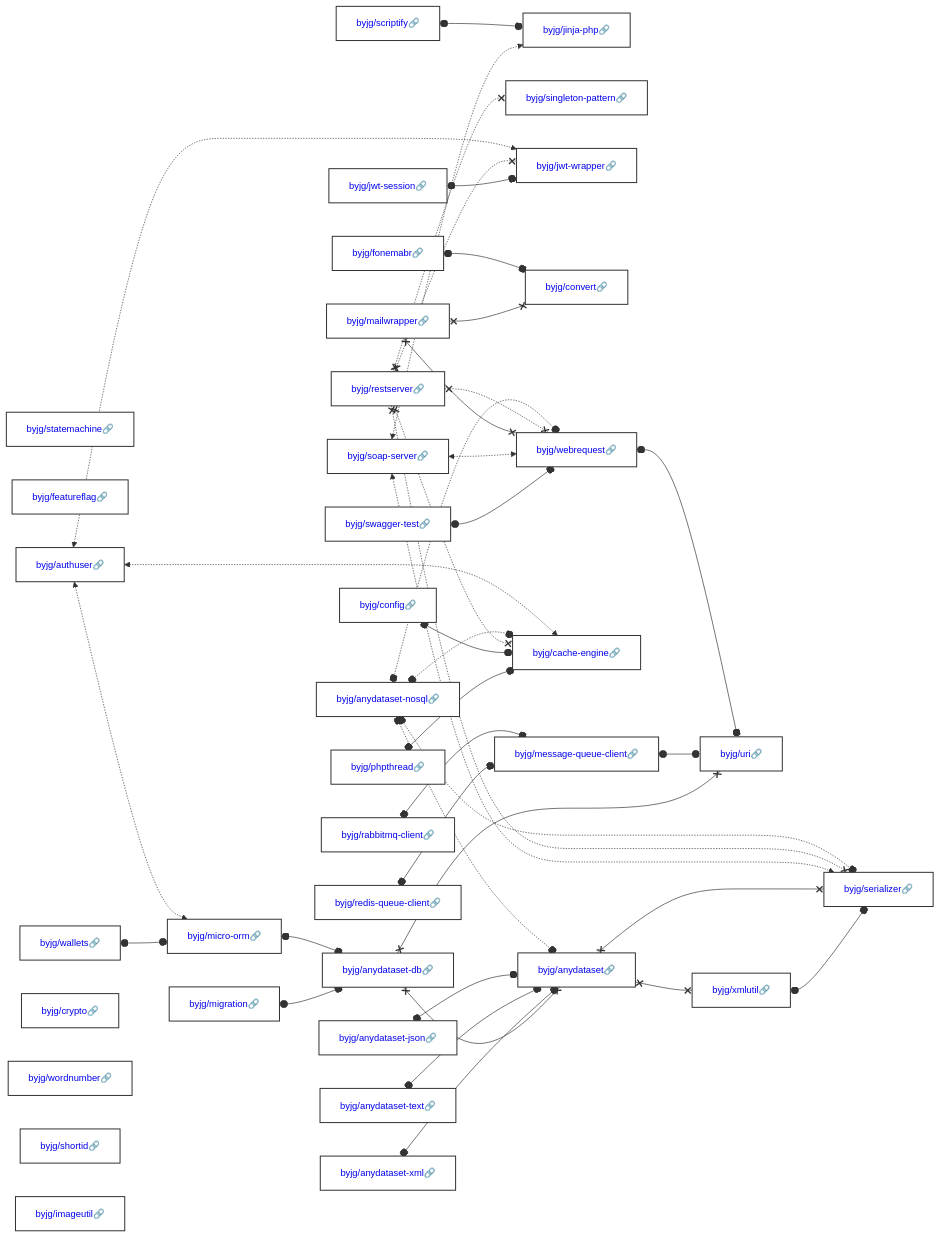
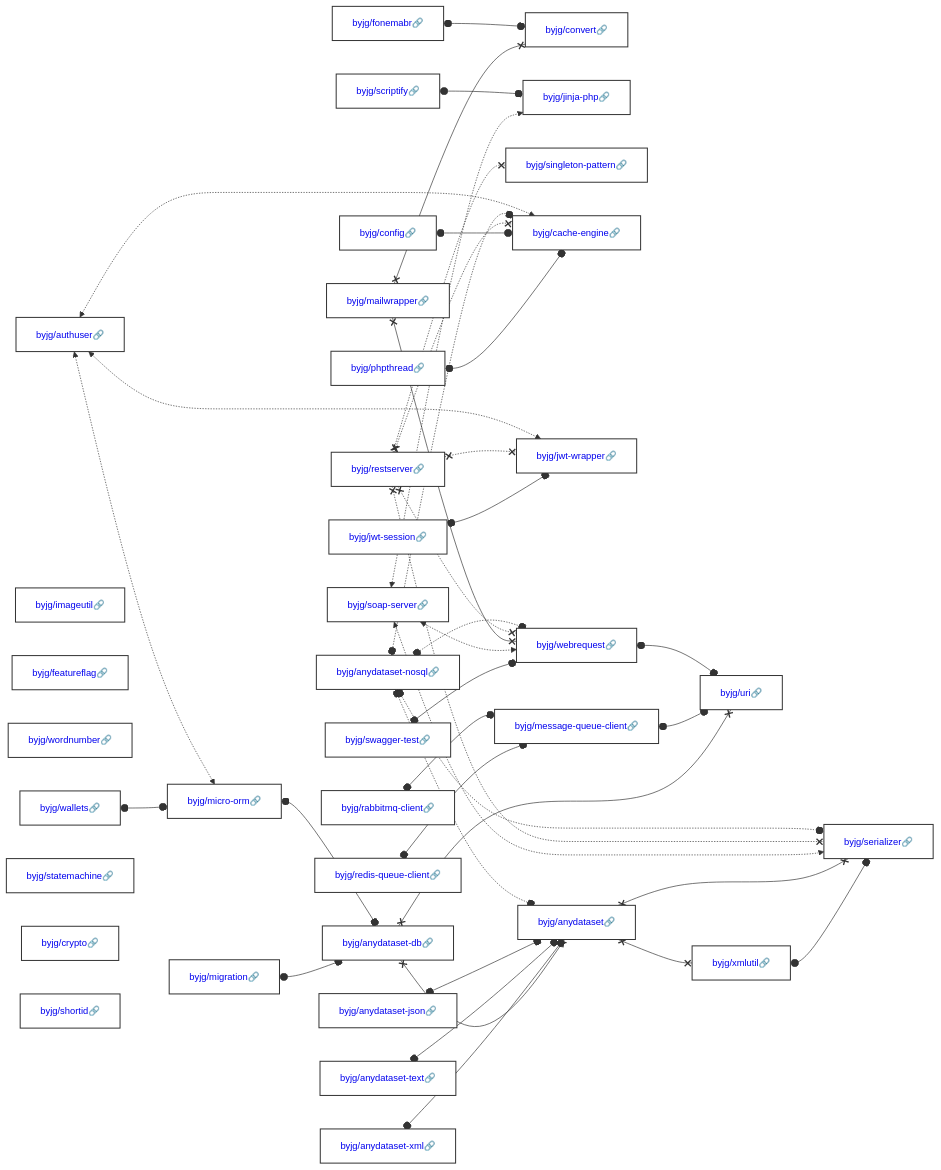
Before and after one commit to byjg/byjg.github.io: the diagram in docs/php/README.md, drawn with Mermaid. The commit also changed other lines of this file and 1 other file, not shown here.

Commit message:
Update documentation 'php' 'php-rest-reference-architecture'

````diff
--- a/docs/php/README.md
+++ b/docs/php/README.md
@@ -3,37 +3,37 @@
 ```mermaid
 graph LR;
+  byjg/wallets[<a href='https://opensource.byjg.com/docs/php/wallets' style='text-decoration:none'>byjg/wallets🔗</a>];
+  byjg/soap-server[<a href='https://opensource.byjg.com/docs/php/soap-server' style='text-decoration:none'>byjg/soap-server🔗</a>];
+  byjg/mailwrapper[<a href='https://opensource.byjg.com/docs/php/mailwrapper' style='text-decoration:none'>byjg/mailwrapper🔗</a>];
+  byjg/imageutil[<a href='https://opensource.byjg.com/docs/php/imageutil' style='text-decoration:none'>byjg/imageutil🔗</a>];
+  byjg/fonemabr[<a href='https://opensource.byjg.com/docs/php/fonemabr' style='text-decoration:none'>byjg/fonemabr🔗</a>];
+  byjg/phpthread[<a href='https://opensource.byjg.com/docs/php/phpthread' style='text-decoration:none'>byjg/phpthread🔗</a>];
+  byjg/rabbitmq-client[<a href='https://opensource.byjg.com/docs/php/rabbitmq-client' style='text-decoration:none'>byjg/rabbitmq-client🔗</a>];
+  byjg/featureflag[<a href='https://opensource.byjg.com/docs/php/featureflag' style='text-decoration:none'>byjg/featureflag🔗</a>];
+  byjg/scriptify[<a href='https://opensource.byjg.com/docs/php/scriptify' style='text-decoration:none'>byjg/scriptify🔗</a>];
+  byjg/wordnumber[<a href='https://opensource.byjg.com/docs/php/wordnumber' style='text-decoration:none'>byjg/wordnumber🔗</a>];
+  byjg/anydataset-text[<a href='https://opensource.byjg.com/docs/php/anydataset-text' style='text-decoration:none'>byjg/anydataset-text🔗</a>];
+  byjg/migration[<a href='https://opensource.byjg.com/docs/php/migration' style='text-decoration:none'>byjg/migration🔗</a>];
+  byjg/anydataset-json[<a href='https://opensource.byjg.com/docs/php/anydataset-json' style='text-decoration:none'>byjg/anydataset-json🔗</a>];
+  byjg/jwt-session[<a href='https://opensource.byjg.com/docs/php/jwt-session' style='text-decoration:none'>byjg/jwt-session🔗</a>];
+  byjg/config[<a href='https://opensource.byjg.com/docs/php/config' style='text-decoration:none'>byjg/config🔗</a>];
+  byjg/anydataset-xml[<a href='https://opensource.byjg.com/docs/php/anydataset-xml' style='text-decoration:none'>byjg/anydataset-xml🔗</a>];
+  byjg/authuser[<a href='https://opensource.byjg.com/docs/php/authuser' style='text-decoration:none'>byjg/authuser🔗</a>];
+  byjg/anydataset-nosql[<a href='https://opensource.byjg.com/docs/php/anydataset-nosql' style='text-decoration:none'>byjg/anydataset-nosql🔗</a>];
   byjg/statemachine[<a href='https://opensource.byjg.com/docs/php/statemachine' style='text-decoration:none'>byjg/statemachine🔗</a>];
-  byjg/soap-server[<a href='https://opensource.byjg.com/docs/php/soap-server' style='text-decoration:none'>byjg/soap-server🔗</a>];
-  byjg/anydataset-text[<a href='https://opensource.byjg.com/docs/php/anydataset-text' style='text-decoration:none'>byjg/anydataset-text🔗</a>];
-  byjg/anydataset-nosql[<a href='https://opensource.byjg.com/docs/php/anydataset-nosql' style='text-decoration:none'>byjg/anydataset-nosql🔗</a>];
-  byjg/featureflag[<a href='https://opensource.byjg.com/docs/php/featureflag' style='text-decoration:none'>byjg/featureflag🔗</a>];
-  byjg/authuser[<a href='https://opensource.byjg.com/docs/php/authuser' style='text-decoration:none'>byjg/authuser🔗</a>];
-  byjg/wallets[<a href='https://opensource.byjg.com/docs/php/wallets' style='text-decoration:none'>byjg/wallets🔗</a>];
+  byjg/restserver[<a href='https://opensource.byjg.com/docs/php/restserver' style='text-decoration:none'>byjg/restserver🔗</a>];
   byjg/crypto[<a href='https://opensource.byjg.com/docs/php/crypto' style='text-decoration:none'>byjg/crypto🔗</a>];
-  byjg/jwt-session[<a href='https://opensource.byjg.com/docs/php/jwt-session' style='text-decoration:none'>byjg/jwt-session🔗</a>];
-  byjg/scriptify[<a href='https://opensource.byjg.com/docs/php/scriptify' style='text-decoration:none'>byjg/scriptify🔗</a>];
-  byjg/rabbitmq-client[<a href='https://opensource.byjg.com/docs/php/rabbitmq-client' style='text-decoration:none'>byjg/rabbitmq-client🔗</a>];
-  byjg/wordnumber[<a href='https://opensource.byjg.com/docs/php/wordnumber' style='text-decoration:none'>byjg/wordnumber🔗</a>];
-  byjg/fonemabr[<a href='https://opensource.byjg.com/docs/php/fonemabr' style='text-decoration:none'>byjg/fonemabr🔗</a>];
+  byjg/redis-queue-client[<a href='https://opensource.byjg.com/docs/php/redis-queue-client' style='text-decoration:none'>byjg/redis-queue-client🔗</a>];
+  byjg/swagger-test[<a href='https://opensource.byjg.com/docs/php/swagger-test' style='text-decoration:none'>byjg/swagger-test🔗</a>];
   byjg/shortid[<a href='https://opensource.byjg.com/docs/php/shortid' style='text-decoration:none'>byjg/shortid🔗</a>];
-  byjg/anydataset-xml[<a href='https://opensource.byjg.com/docs/php/anydataset-xml' style='text-decoration:none'>byjg/anydataset-xml🔗</a>];
-  byjg/anydataset-json[<a href='https://opensource.byjg.com/docs/php/anydataset-json' style='text-decoration:none'>byjg/anydataset-json🔗</a>];
-  byjg/swagger-test[<a href='https://opensource.byjg.com/docs/php/swagger-test' style='text-decoration:none'>byjg/swagger-test🔗</a>];
-  byjg/restserver[<a href='https://opensource.byjg.com/docs/php/restserver' style='text-decoration:none'>byjg/restserver🔗</a>];
-  byjg/imageutil[<a href='https://opensource.byjg.com/docs/php/imageutil' style='text-decoration:none'>byjg/imageutil🔗</a>];
-  byjg/mailwrapper[<a href='https://opensource.byjg.com/docs/php/mailwrapper' style='text-decoration:none'>byjg/mailwrapper🔗</a>];
-  byjg/migration[<a href='https://opensource.byjg.com/docs/php/migration' style='text-decoration:none'>byjg/migration🔗</a>];
-  byjg/config[<a href='https://opensource.byjg.com/docs/php/config' style='text-decoration:none'>byjg/config🔗</a>];
-  byjg/phpthread[<a href='https://opensource.byjg.com/docs/php/phpthread' style='text-decoration:none'>byjg/phpthread🔗</a>];
-  byjg/redis-queue-client[<a href='https://opensource.byjg.com/docs/php/redis-queue-client' style='text-decoration:none'>byjg/redis-queue-client🔗</a>];
+  byjg/convert[<a href='https://opensource.byjg.com/docs/php/convert' style='text-decoration:none'>byjg/convert🔗</a>];
+  byjg/jinja-php[<a href='https://opensource.byjg.com/docs/php/jinja-php' style='text-decoration:none'>byjg/jinja-php🔗</a>];
   byjg/micro-orm[<a href='https://opensource.byjg.com/docs/php/micro-orm' style='text-decoration:none'>byjg/micro-orm🔗</a>];
-  byjg/jinja-php[<a href='https://opensource.byjg.com/docs/php/jinja-php' style='text-decoration:none'>byjg/jinja-php🔗</a>];
   byjg/singleton-pattern[<a href='https://opensource.byjg.com/docs/php/singleton-pattern' style='text-decoration:none'>byjg/singleton-pattern🔗</a>];
+  byjg/cache-engine[<a href='https://opensource.byjg.com/docs/php/cache-engine' style='text-decoration:none'>byjg/cache-engine🔗</a>];
   byjg/jwt-wrapper[<a href='https://opensource.byjg.com/docs/php/jwt-wrapper' style='text-decoration:none'>byjg/jwt-wrapper🔗</a>];
-  byjg/convert[<a href='https://opensource.byjg.com/docs/php/convert' style='text-decoration:none'>byjg/convert🔗</a>];
+  byjg/message-queue-client[<a href='https://opensource.byjg.com/docs/php/message-queue-client' style='text-decoration:none'>byjg/message-queue-client🔗</a>];
   byjg/webrequest[<a href='https://opensource.byjg.com/docs/php/webrequest' style='text-decoration:none'>byjg/webrequest🔗</a>];
-  byjg/cache-engine[<a href='https://opensource.byjg.com/docs/php/cache-engine' style='text-decoration:none'>byjg/cache-engine🔗</a>];
-  byjg/message-queue-client[<a href='https://opensource.byjg.com/docs/php/message-queue-client' style='text-decoration:none'>byjg/message-queue-client🔗</a>];
   byjg/anydataset-db[<a href='https://opensource.byjg.com/docs/php/anydataset-db' style='text-decoration:none'>byjg/anydataset-db🔗</a>];
   byjg/anydataset[<a href='https://opensource.byjg.com/docs/php/anydataset' style='text-decoration:none'>byjg/anydataset🔗</a>];
   byjg/uri[<a href='https://opensource.byjg.com/docs/php/uri' style='text-decoration:none'>byjg/uri🔗</a>];
````
